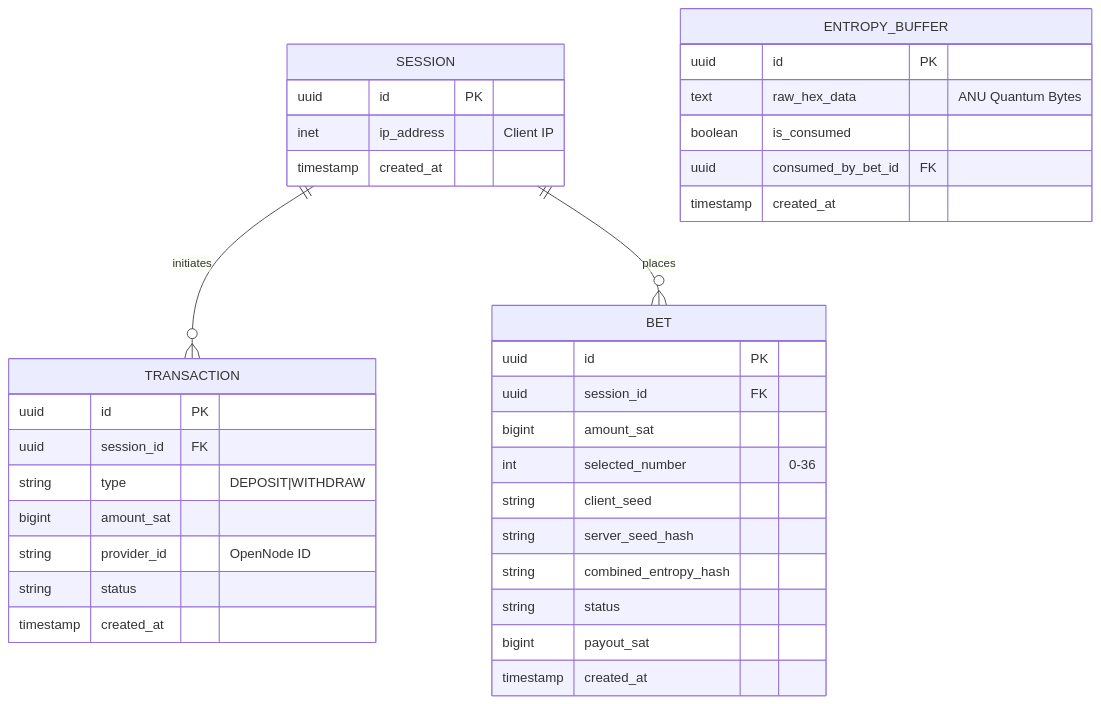
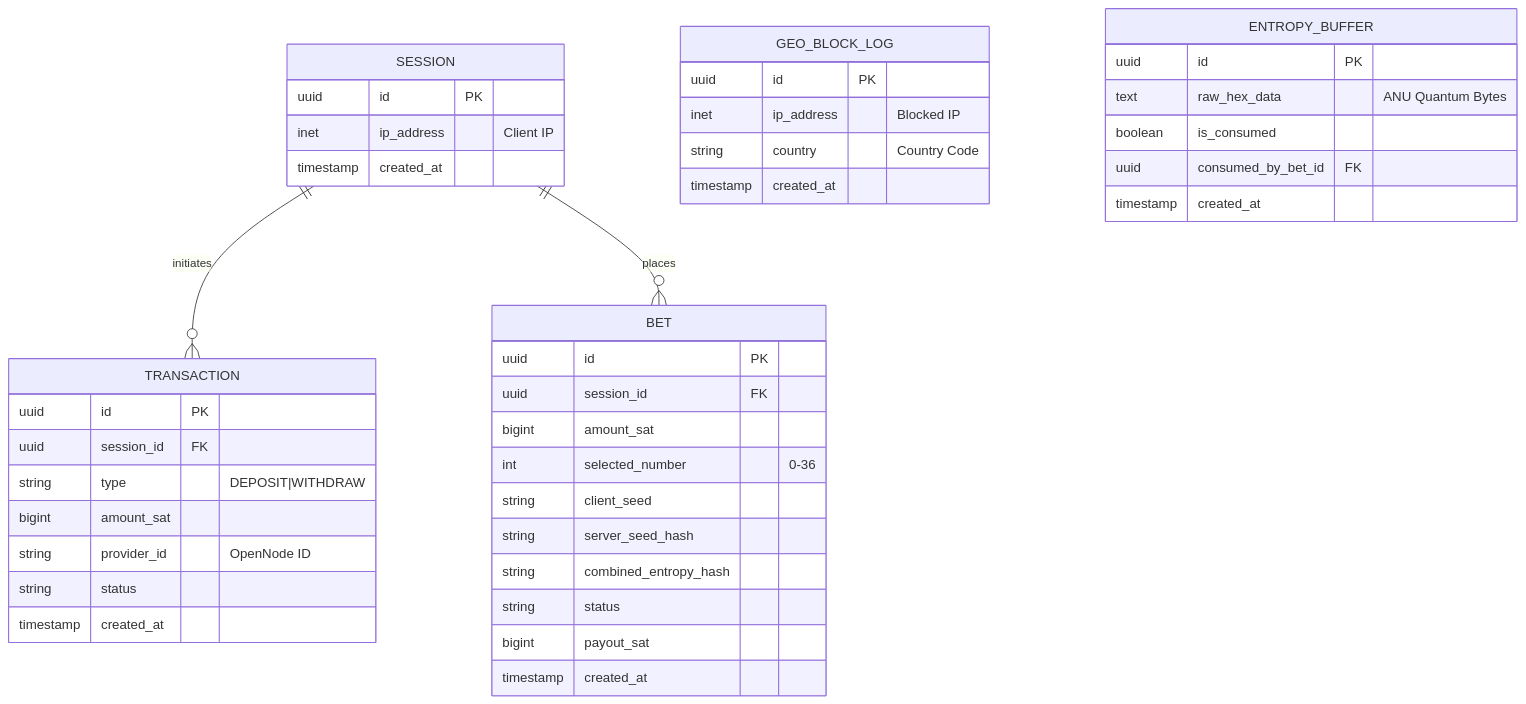
The diagram in docs/03-Database/Database_Schema.md (Rayo2010x/quantum-btc-backend), drawn with Mermaid before and after one commit. The commit also changed other lines of this file and 7 other files, not shown here.

Commit message:
feat: Implement geo-blocking middleware and create a `geo_block_logs` table to record blocked access attempts.

````diff
--- a/docs/03-Database/Database_Schema.md
+++ b/docs/03-Database/Database_Schema.md
@@ -10,41 +10,47 @@
 ```mermaid
 erDiagram
     SESSION ||--o{ TRANSACTION : initiates
     SESSION ||--o{ BET : places
+    GEO_BLOCK_LOG {
+        uuid id PK
+        inet ip_address "Blocked IP"
+        string country "Country Code"
+        timestamp created_at
+    }
     SESSION {
         uuid id PK
         inet ip_address "Client IP"
         timestamp created_at
     }
 
     TRANSACTION {
         uuid id PK
         uuid session_id FK
         string type "DEPOSIT|WITHDRAW"
         bigint amount_sat
         string provider_id "OpenNode ID"
         string status
         timestamp created_at
     }
 
     BET {
         uuid id PK
         uuid session_id FK
         bigint amount_sat
         int selected_number "0-36"
         string client_seed
         string server_seed_hash
         string combined_entropy_hash
         string status
         bigint payout_sat
         timestamp created_at
     }
 
     ENTROPY_BUFFER {
         uuid id PK
         text raw_hex_data "ANU Quantum Bytes"
         boolean is_consumed
         uuid consumed_by_bet_id FK
         timestamp created_at
     }
 ```
````
